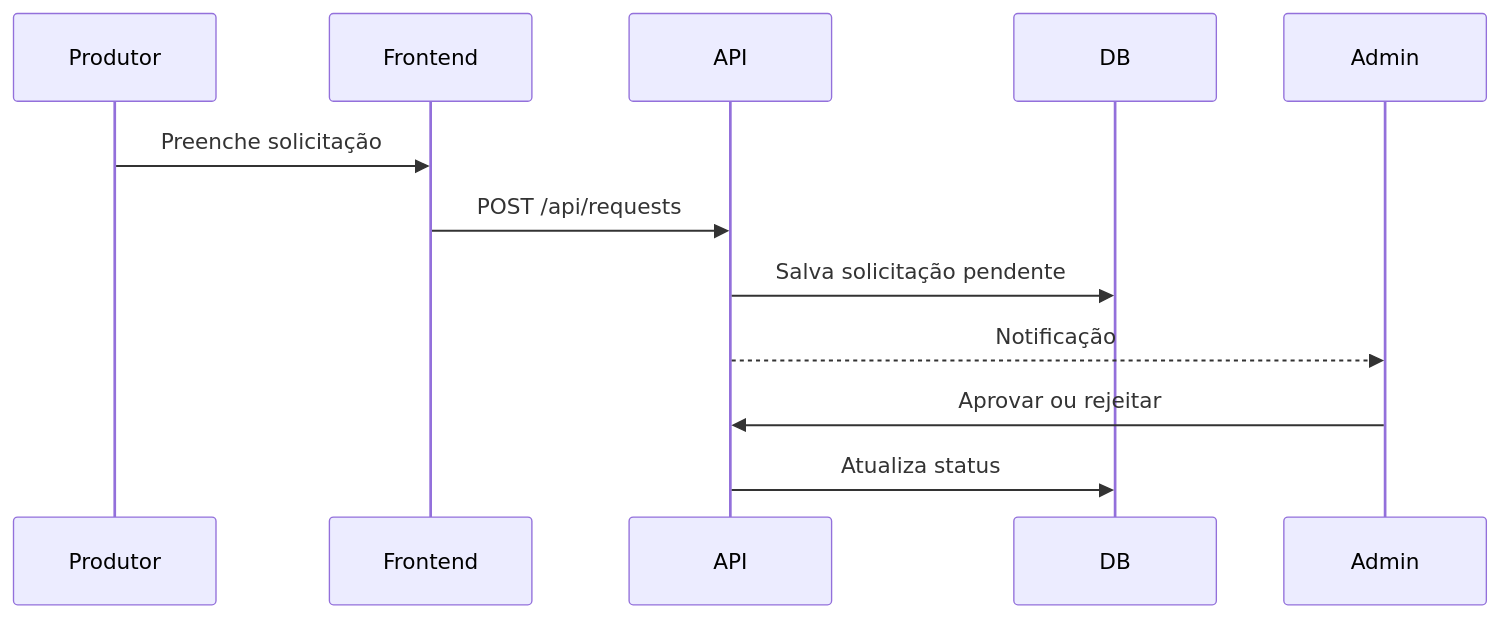
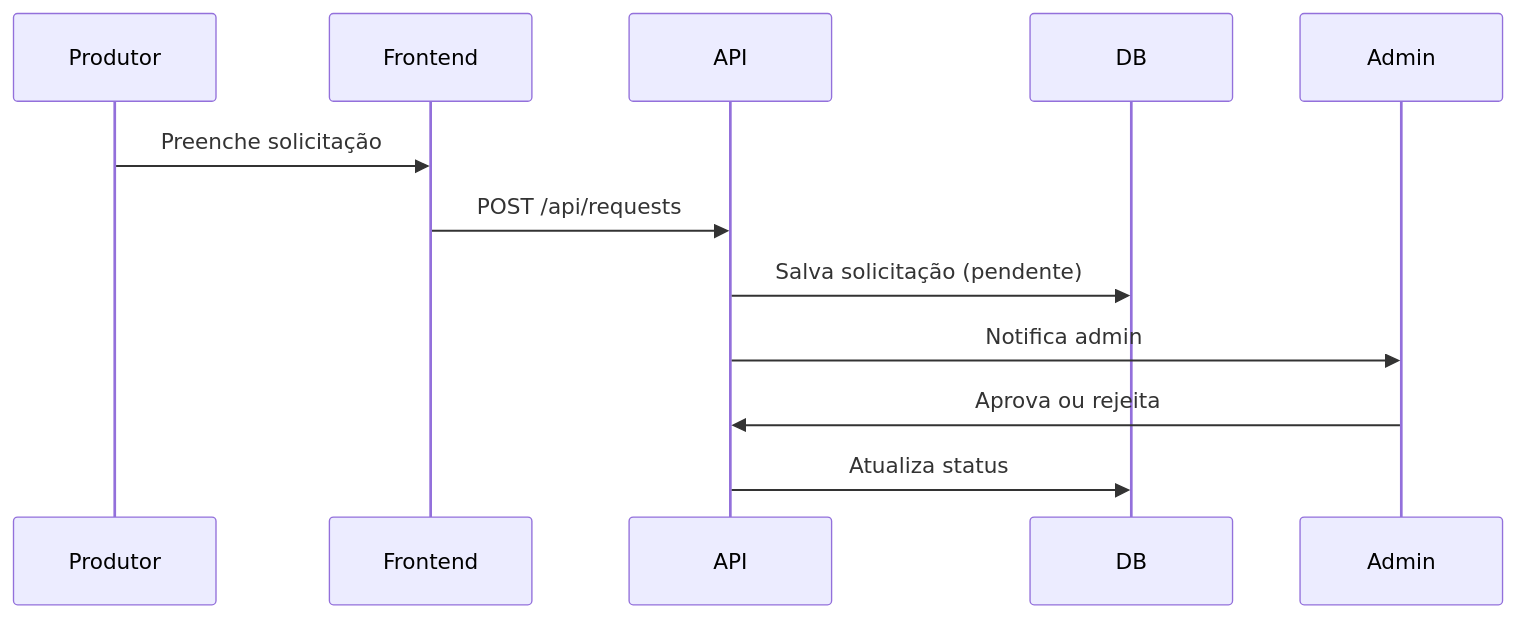
One commit to J0aoD3v/Guia-Organico changed the third of 3 diagrams in docs/GUIA_ORGANICO_DOCUMENTACAO.md. Above: the diagram before and after it, drawn with Mermaid. The commit also changed other lines of this file, not shown here.

````diff
--- a/docs/GUIA_ORGANICO_DOCUMENTACAO.md
+++ b/docs/GUIA_ORGANICO_DOCUMENTACAO.md
@@ -133,15 +140,16 @@
 ```mermaid
+%% Diagrama de Sequência
 sequenceDiagram
 participant Produtor
 participant Frontend
 participant API
 participant DB
 participant Admin
 
 Produtor->>Frontend: Preenche solicitação
 Frontend->>API: POST /api/requests
-API->>DB: Salva solicitação pendente
-API-->>Admin: Notificação
-Admin->>API: Aprovar ou rejeitar
+API->>DB: Salva solicitação (pendente)
+API->>Admin: Notifica admin
+Admin->>API: Aprova ou rejeita
 API->>DB: Atualiza status
 ```
````
